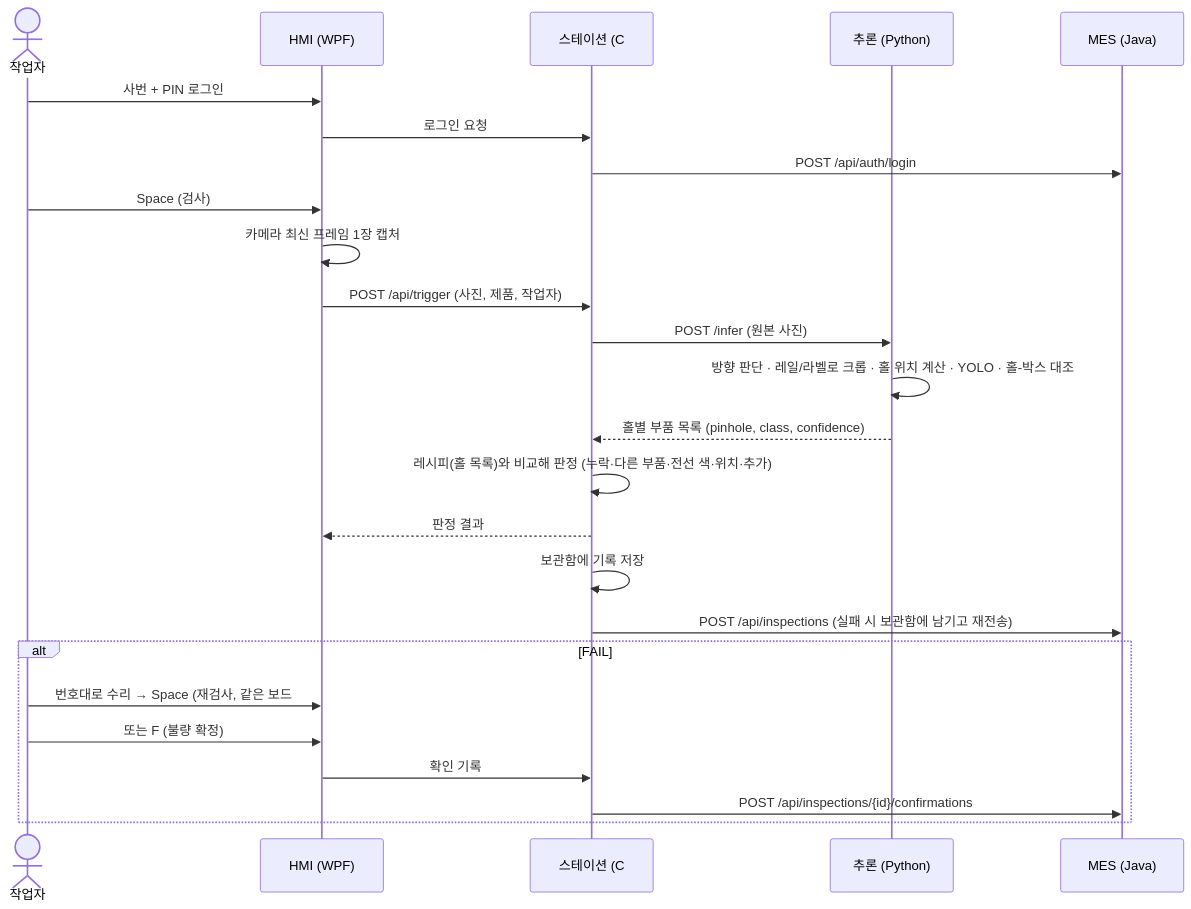
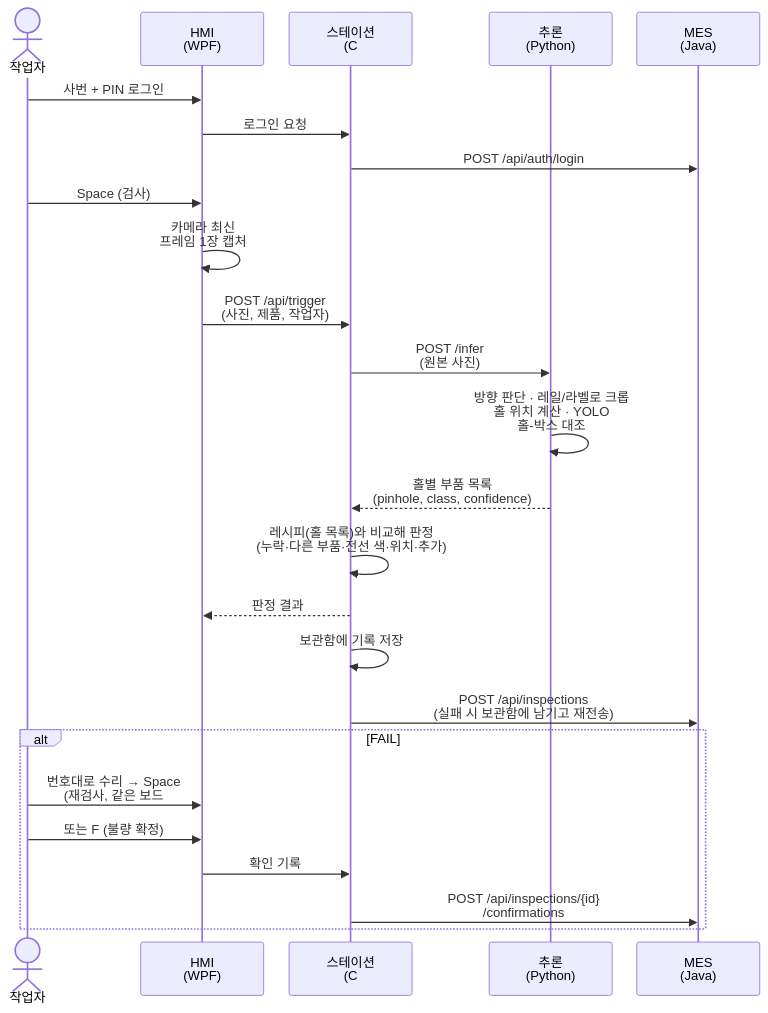
The third of 5 diagrams in README.md (Nana2828/SF_pcb_aoi_station), drawn with Mermaid before and after one commit. The commit also changed other lines of this file, not shown here.

Commit message:
[docs] 검사 흐름도와 DB 테이블 다이어그램 글씨 키움
- 검사 흐름: 글씨 크기 설정 추가, 긴 메시지를 줄바꿈해 폭이 넓어지지 않게 함
- DB 테이블: 글씨를 키운 관계 요약 다이어그램을 추가하고, 전체 컬럼 다이어그램은 접이식으로 이동

Claude-Session: https://claude.ai/code/session_01KRGxKZmoQ4L4rqiWvLxkTs

````diff
--- a/README.md
+++ b/README.md
@@ -99,28 +99,29 @@
 ```mermaid
+%%{init: {"themeVariables": {"fontSize": "20px"}, "sequence": {"actorFontSize": 20, "messageFontSize": 18, "noteFontSize": 18, "actorMargin": 30, "messageMargin": 36, "boxMargin": 8}}}%%
 sequenceDiagram
     actor 작업자
-    participant HMI as HMI (WPF)
-    participant ST as 스테이션 (C#)
-    participant INF as 추론 (Python)
-    participant MES as MES (Java)
+    participant HMI as HMI<br/>(WPF)
+    participant ST as 스테이션<br/>(C#)
+    participant INF as 추론<br/>(Python)
+    participant MES as MES<br/>(Java)
 
     작업자->>HMI: 사번 + PIN 로그인
     HMI->>ST: 로그인 요청
     ST->>MES: POST /api/auth/login
     작업자->>HMI: Space (검사)
-    HMI->>HMI: 카메라 최신 프레임 1장 캡처
-    HMI->>ST: POST /api/trigger (사진, 제품, 작업자)
-    ST->>INF: POST /infer (원본 사진)
-    INF->>INF: 방향 판단 · 레일/라벨로 크롭 · 홀 위치 계산 · YOLO · 홀-박스 대조
-    INF-->>ST: 홀별 부품 목록 (pinhole, class, confidence)
-    ST->>ST: 레시피(홀 목록)와 비교해 판정 (누락·다른 부품·전선 색·위치·추가)
+    HMI->>HMI: 카메라 최신<br/>프레임 1장 캡처
+    HMI->>ST: POST /api/trigger<br/>(사진, 제품, 작업자)
+    ST->>INF: POST /infer<br/>(원본 사진)
+    INF->>INF: 방향 판단 · 레일/라벨로 크롭<br/>홀 위치 계산 · YOLO<br/>홀-박스 대조
+    INF-->>ST: 홀별 부품 목록<br/>(pinhole, class, confidence)
+    ST->>ST: 레시피(홀 목록)와 비교해 판정<br/>(누락·다른 부품·전선 색·위치·추가)
     ST-->>HMI: 판정 결과
     ST->>ST: 보관함에 기록 저장
-    ST->>MES: POST /api/inspections (실패 시 보관함에 남기고 재전송)
+    ST->>MES: POST /api/inspections<br/>(실패 시 보관함에 남기고 재전송)
     alt FAIL
-        작업자->>HMI: 번호대로 수리 → Space (재검사, 같은 보드 #0007-2)
+        작업자->>HMI: 번호대로 수리 → Space<br/>(재검사, 같은 보드 #0007-2)
         작업자->>HMI: 또는 F (불량 확정)
         HMI->>ST: 확인 기록
-        ST->>MES: POST /api/inspections/{id}/confirmations
+        ST->>MES: POST /api/inspections/{id}<br/>/confirmations
     end
 ```
````
